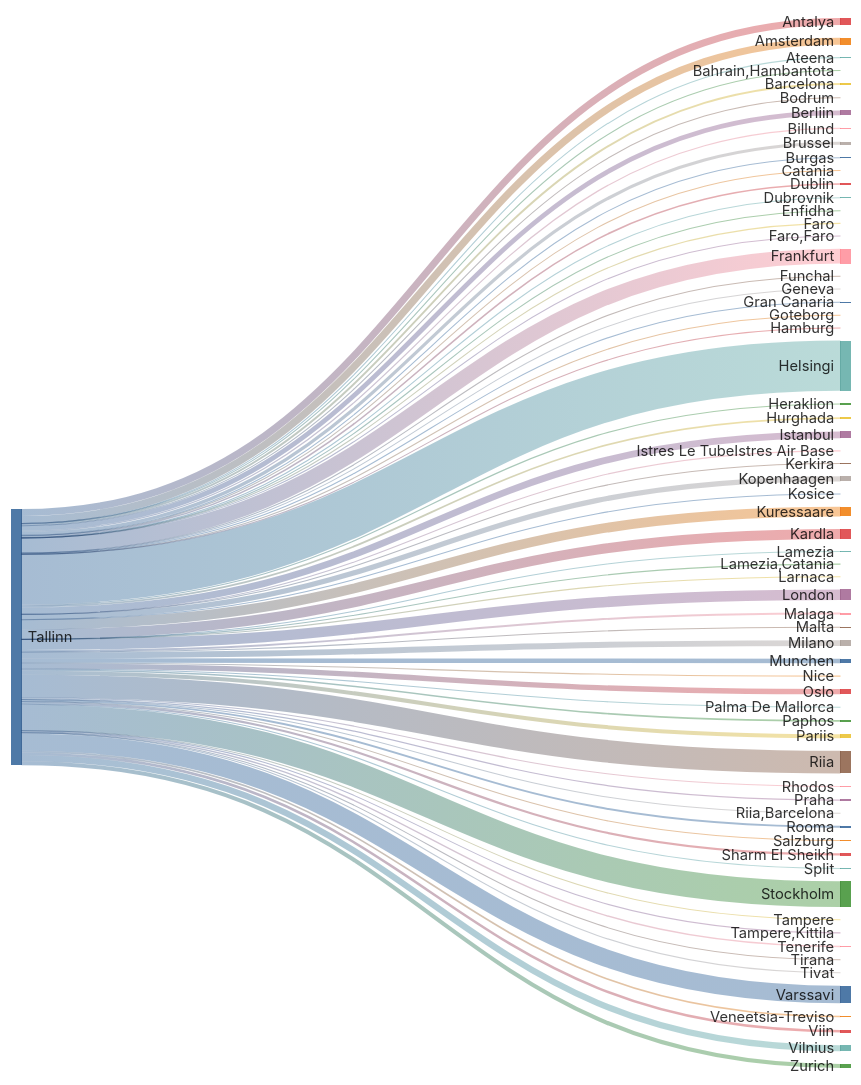
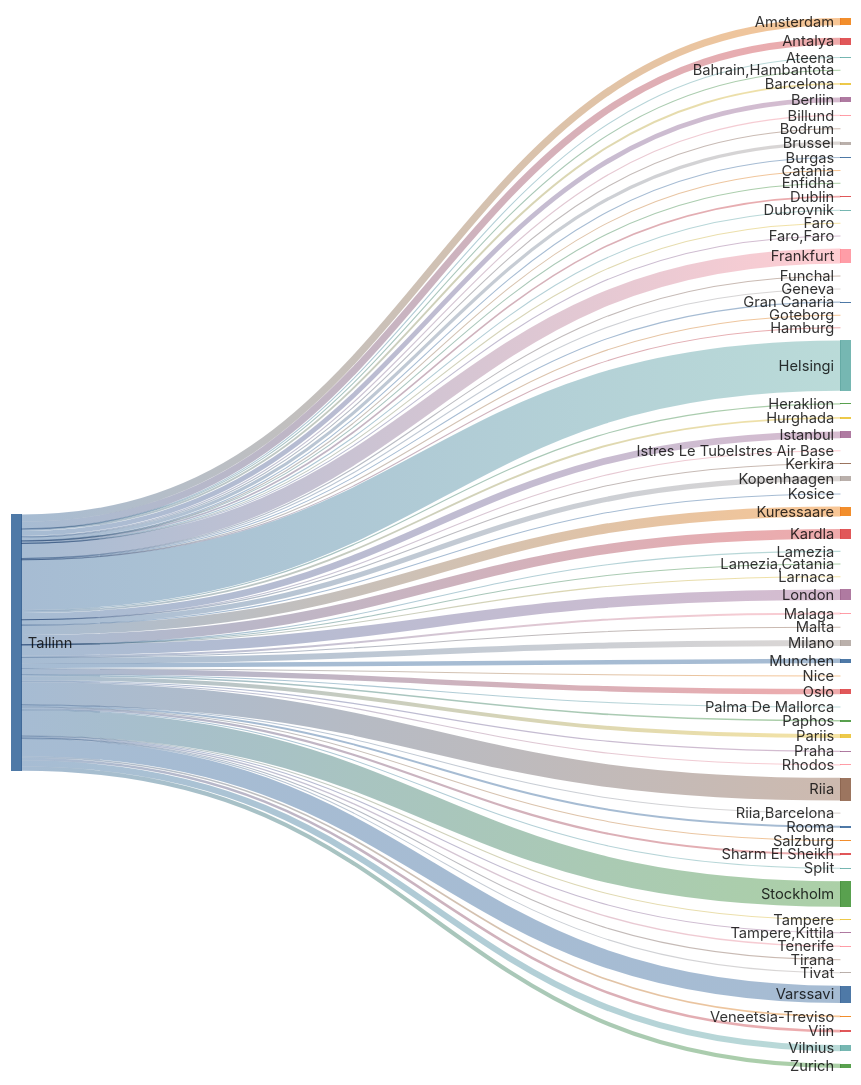
Before and after one commit to rainermesi/tll-airport-departures: the second of 2 diagrams in README.md, drawn with Mermaid. The commit also changed other lines of this file, not shown here.

````diff
--- a/README.md
+++ b/README.md
@@ -34,77 +34,77 @@
 ```mermaid
 ---
 config:
   sankey:
     showValues: false
     width: 800
     height: 1000
 ---
 sankey-beta
 %% source,target,value
-Tallinn,Amsterdam,291
+Tallinn,Amsterdam,292
 Tallinn,Antalya,282
 Tallinn,Ateena,16
 Tallinn,"Bahrain,Hambantota",1
 Tallinn,Barcelona,78
-Tallinn,Berliin,194
+Tallinn,Berliin,195
 Tallinn,Billund,49
 Tallinn,Bodrum,11
 Tallinn,Brussel,130
 Tallinn,Burgas,21
 Tallinn,Catania,2
-Tallinn,Dublin,66
+Tallinn,Dublin,67
 Tallinn,Dubrovnik,21
 Tallinn,Enfidha,7
 Tallinn,Faro,4
 Tallinn,"Faro,Faro",1
-Tallinn,Frankfurt,603
+Tallinn,Frankfurt,605
 Tallinn,Funchal,5
-Tallinn,Geneva,12
+Tallinn,Geneva,13
 Tallinn,Gran Canaria,37
 Tallinn,Goteborg,1
 Tallinn,Hamburg,2
-Tallinn,Helsingi,2034
+Tallinn,Helsingi,2040
 Tallinn,Heraklion,46
-Tallinn,Hurghada,71
-Tallinn,Istanbul,273
+Tallinn,Hurghada,75
+Tallinn,Istanbul,274
 Tallinn,Istres Le TubeIstres Air Base,2
 Tallinn,Kerkira,4
 Tallinn,Kopenhaagen,213
 Tallinn,Kosice,1
-Tallinn,Kuressaare,397
-Tallinn,Kardla,397
+Tallinn,Kuressaare,398
+Tallinn,Kardla,398
 Tallinn,Lamezia,1
 Tallinn,"Lamezia,Catania",3
 Tallinn,Larnaca,4
-Tallinn,London,426
+Tallinn,London,428
 Tallinn,Malaga,79
 Tallinn,Malta,15
-Tallinn,Milano,242
-Tallinn,Munchen,182
+Tallinn,Milano,243
+Tallinn,Munchen,183
 Tallinn,Nice,25
 Tallinn,Oslo,216
 Tallinn,Palma De Mallorca,19
 Tallinn,Paphos,65
 Tallinn,Pariis,161
 Tallinn,Praha,49
 Tallinn,Rhodos,32
-Tallinn,Riia,916
+Tallinn,Riia,920
 Tallinn,"Riia,Barcelona",1
 Tallinn,Rooma,79
-Tallinn,Salzburg,13
+Tallinn,Salzburg,14
 Tallinn,Sharm El Sheikh,89
 Tallinn,Split,25
-Tallinn,Stockholm,1039
+Tallinn,Stockholm,1042
 Tallinn,Tampere,17
-Tallinn,"Tampere,Kittila",20
+Tallinn,"Tampere,Kittila",21
 Tallinn,Tenerife,57
 Tallinn,Tirana,8
 Tallinn,Tivat,26
-Tallinn,Varssavi,703
+Tallinn,Varssavi,706
 Tallinn,Veneetsia-Treviso,66
-Tallinn,Viin,104
+Tallinn,Viin,105
 Tallinn,Vilnius,251
-Tallinn,Zurich,167
+Tallinn,Zurich,168
 
 
 ```
````
